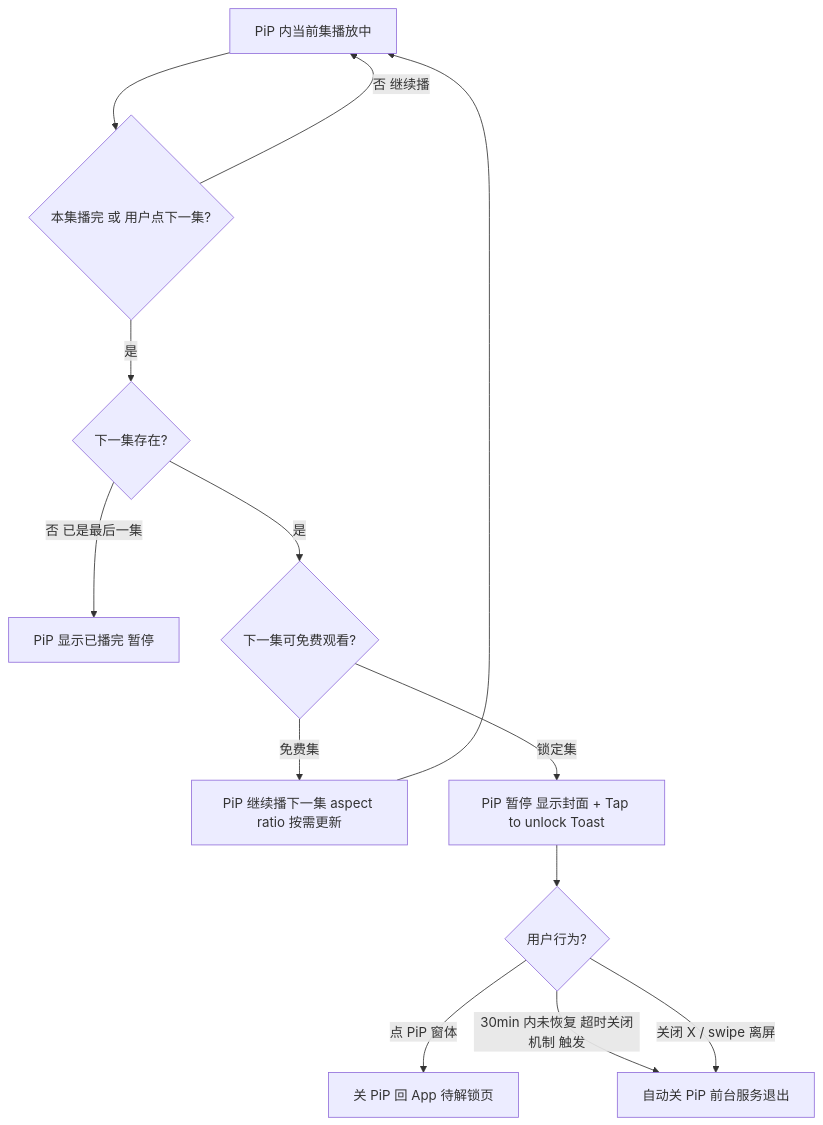
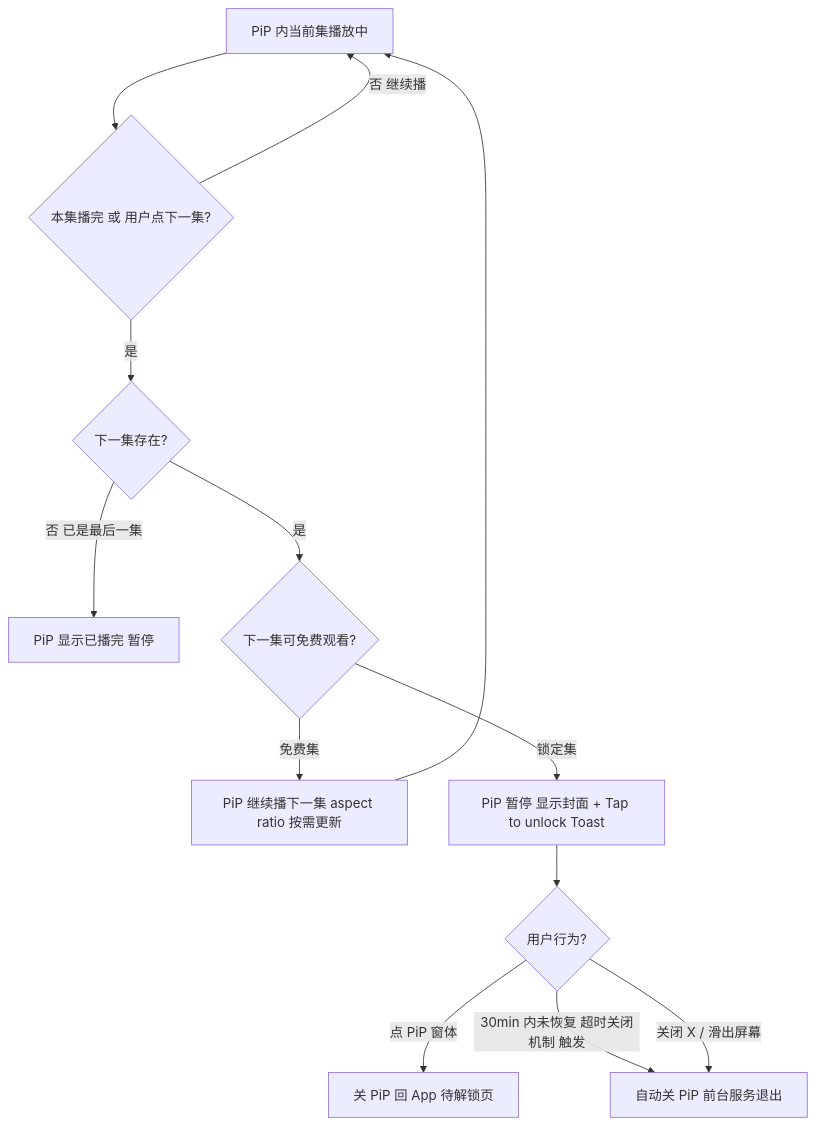
Before and after one commit to king460357/ff-app-prd: the second of 2 diagrams in docs/20260529/PRD/画中画/20260529_画中画_PRD.md, drawn with Mermaid. The commit also changed other lines of this file and 1 other file, not shown here.

First line of the commit message:
docs(画中画 PRD): swipe → 滑动 / 滑出屏幕边缘（共 6 处）

````diff
--- a/docs/20260529/PRD/画中画/20260529_画中画_PRD.md
+++ b/docs/20260529/PRD/画中画/20260529_画中画_PRD.md
@@ -84,15 +84,15 @@
 ```mermaid
 flowchart TD
  B0[PiP 内当前集播放中] --> B1{本集播完 或 用户点下一集?}
  B1 -->|否 继续播| B0
  B1 -->|是| B2{下一集存在?}
  B2 -->|否 已是最后一集| B3[PiP 显示已播完 暂停]
  B2 -->|是| B4{下一集可免费观看?}
  B4 -->|免费集| B5[PiP 继续播下一集 aspect ratio 按需更新]
  B5 --> B0
  B4 -->|锁定集| B6[PiP 暂停 显示封面 + Tap to unlock Toast]
  B6 --> B7{用户行为?}
  B7 -->|点 PiP 窗体| B8[关 PiP 回 App 待解锁页]
  B7 -->|30min 内未恢复 超时关闭机制 触发| B9[自动关 PiP 前台服务退出]
- B7 -->|关闭 X / swipe 离屏| B9
+ B7 -->|关闭 X / 滑出屏幕| B9
 ```
````
